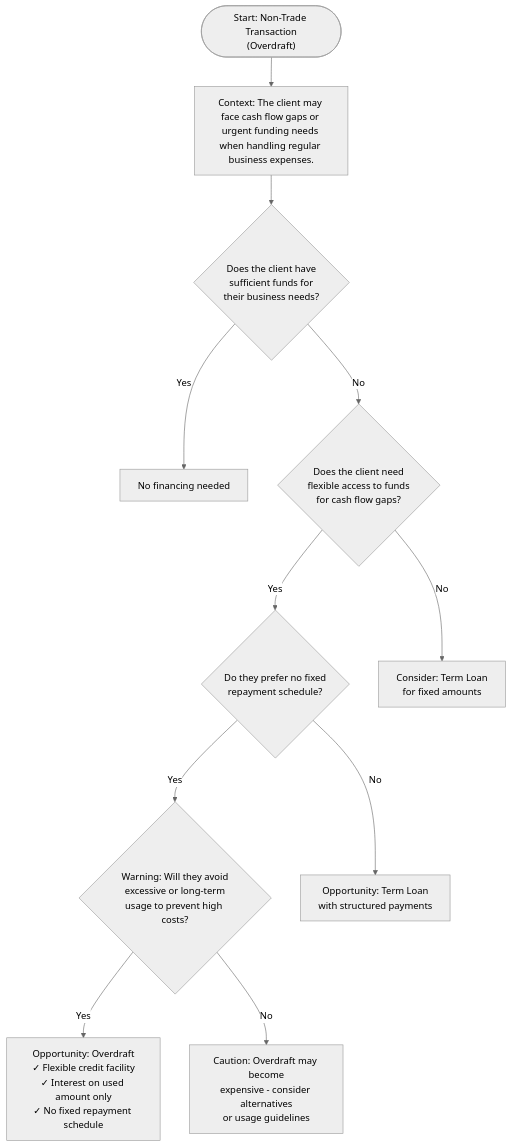
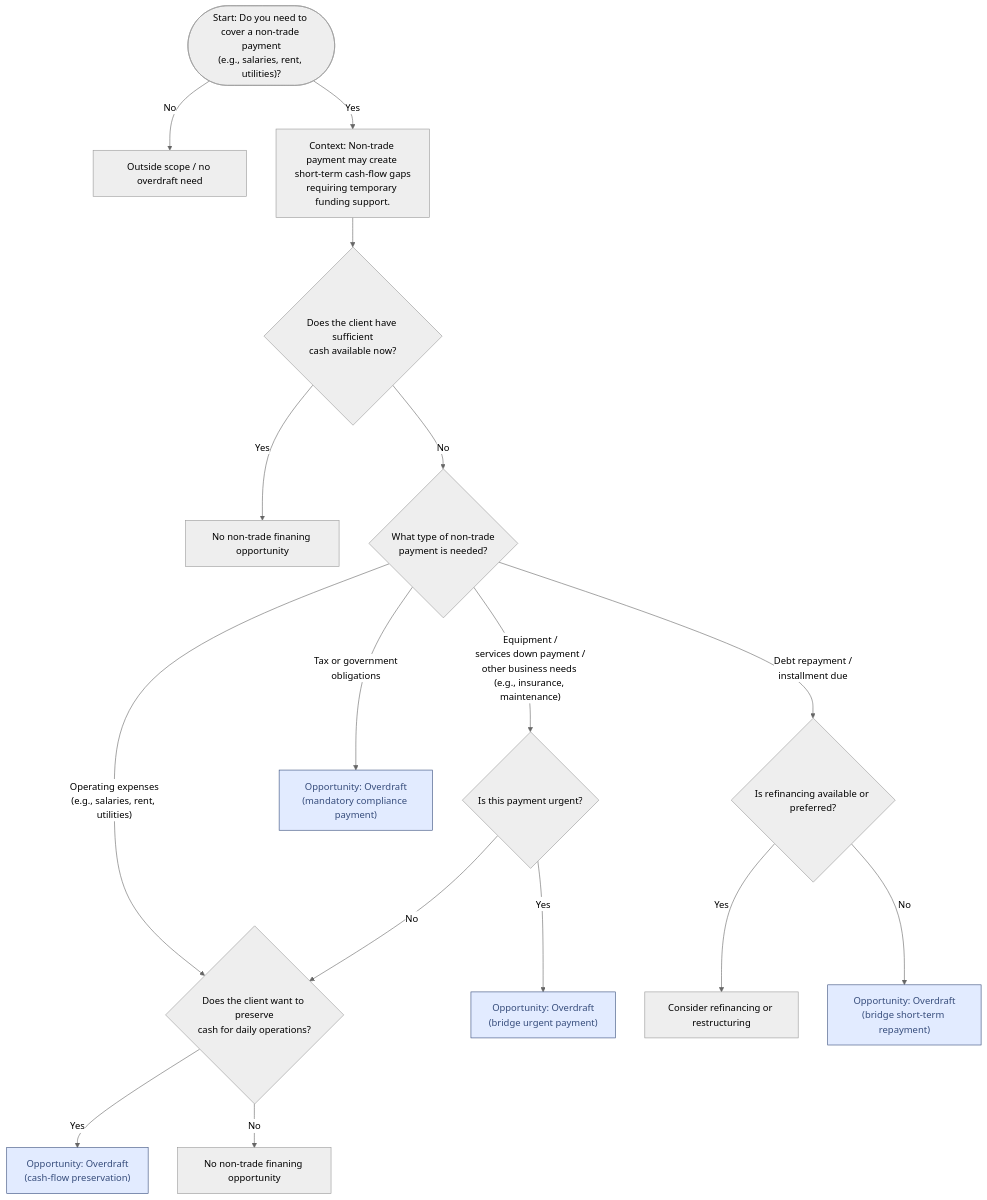
Before and after one commit to sage-develop/why: the diagram in tvc_decision_trees/loan_non_trade_tree.md/loan_non_trade_tree.md, drawn with Mermaid (neutral theme). The commit also changed 1 other file, not shown here.

Commit message:
update two overdraft trees

````diff
--- a/tvc_decision_trees/loan_non_trade_tree.md/loan_non_trade_tree.md
+++ b/tvc_decision_trees/loan_non_trade_tree.md/loan_non_trade_tree.md
@@ -9,14 +9,24 @@
 ```mermaid
 flowchart TD
-    Start(["Start: Non-Trade Transaction<br>(Overdraft)"]) --> Context["Context: The client may face cash flow gaps or urgent funding needs when handling regular business expenses."]
+    Start(["Start: Do you need to cover a non-trade payment<br>(e.g., salaries, rent, utilities)?"]) -- No --> End0["Outside scope / no overdraft need"]
+    Start -- Yes --> Context["Context: Non-trade payment may create short-term cash-flow gaps<br>requiring temporary funding support."]
+    Context --> Q1{"Does the client have sufficient<br>cash available now?"}
+    Q1 -- Yes --> End1["No non-trade finaning opportunity"]
+    Q1 -- No --> Q2{"What type of non-trade<br>payment is needed?"}
+    Q2 -- "Operating expenses<br>(e.g., salaries, rent, utilities)" --> Q4{"Does the client want to preserve<br>cash for daily operations?"}
+    Q2 -- "Equipment /<br>services down payment /<br>other business needs <br>(e.g., insurance, maintenance)" --> Q3{"Is this payment urgent?"}
+    Q2 -- Tax or government<br>obligations --> OD1["Opportunity: Overdraft<br>(mandatory compliance payment)"]
+    Q2 -- Debt repayment /<br>installment due --> Q5{"Is refinancing available or preferred?"}
+    Q3 -- Yes --> OD3["Opportunity: Overdraft<br>(bridge urgent payment)"]
+    Q3 -- No --> Q4
+    Q4 -- Yes --> OD2["Opportunity: Overdraft<br>(cash-flow preservation)"]
+    Q4 -- No --> End2["No non-trade finaning opportunity"]
+    Q5 -- Yes --> End3["Consider refinancing or restructuring"]
+    Q5 -- No --> OD5["Opportunity: Overdraft<br>(bridge short-term repayment)"]
 
-    Context --> Q0{"Does the client have<br>sufficient funds for<br>their business needs?"}
-    Q0 -- Yes --> NoLoan["No financing needed"]
-    Q0 -- No --> Q1{"Does the client need<br>flexible access to funds<br>for cash flow gaps?"}
-    Q1 -- Yes --> Q2{"Do they prefer no fixed<br>repayment schedule?"}
-    Q1 -- No --> NotSuitable1["Consider: Term Loan<br>for fixed amounts"]
-    Q2 -- Yes --> Warning{"Warning: Will they avoid<br>excessive or long-term<br>usage to prevent high costs?"}
-    Q2 -- No --> NotSuitable2["Opportunity: Term Loan<br>with structured payments"]
-    Warning -- Yes --> Overdraft["Opportunity: Overdraft<br>✓ Flexible credit facility<br>✓ Interest on used amount only<br>✓ No fixed repayment schedule"]
-    Warning -- No --> Caution["Caution: Overdraft may become<br>expensive - consider alternatives<br>or usage guidelines"]
+     OD1:::Sky
+     OD3:::Sky
+     OD2:::Sky
+     OD5:::Sky
+    classDef Sky stroke-width:1px, stroke-dasharray:none, stroke:#374D7C, fill:#E2EBFF, color:#374D7C
 ```
````
